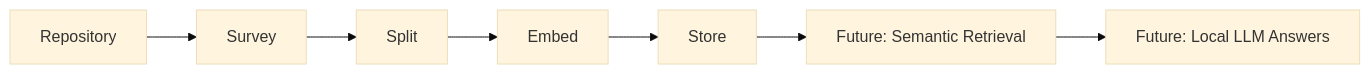
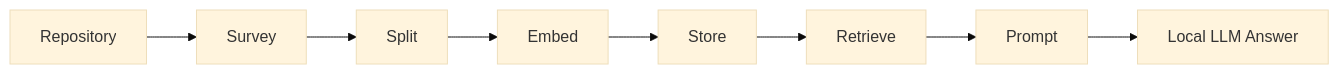
One commit to LisaS7/RepoWraith changed the diagram in README.md. Above: the diagram before and after it, drawn with Mermaid (base theme). The commit also changed other lines of this file, not shown here.

````diff
--- a/README.md
+++ b/README.md
@@ -81,9 +80,10 @@
 ```mermaid
 flowchart LR
 A[Repository] --> B[Survey]
 B --> C[Split]
 C --> D[Embed]
 D --> E[Store]
-E --> F[Future: Semantic Retrieval]
-F --> G[Future: Local LLM Answers]
+E --> F[Retrieve]
+F --> G[Prompt]
+G --> H[Local LLM Answer]
 ```
````
